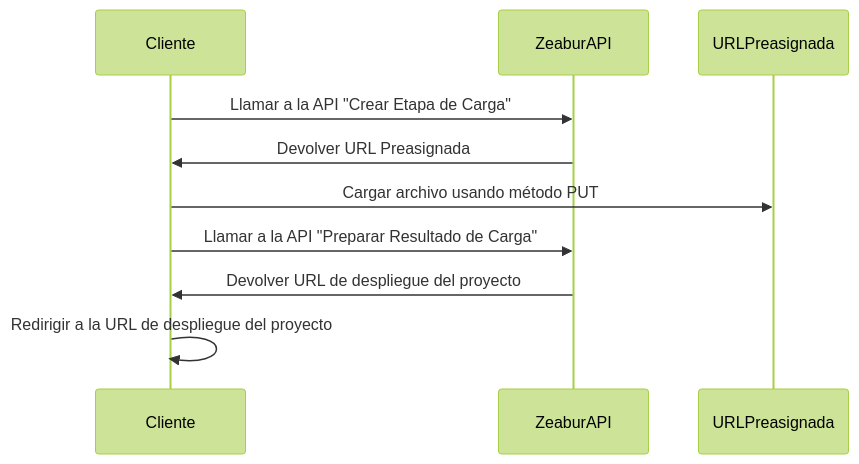
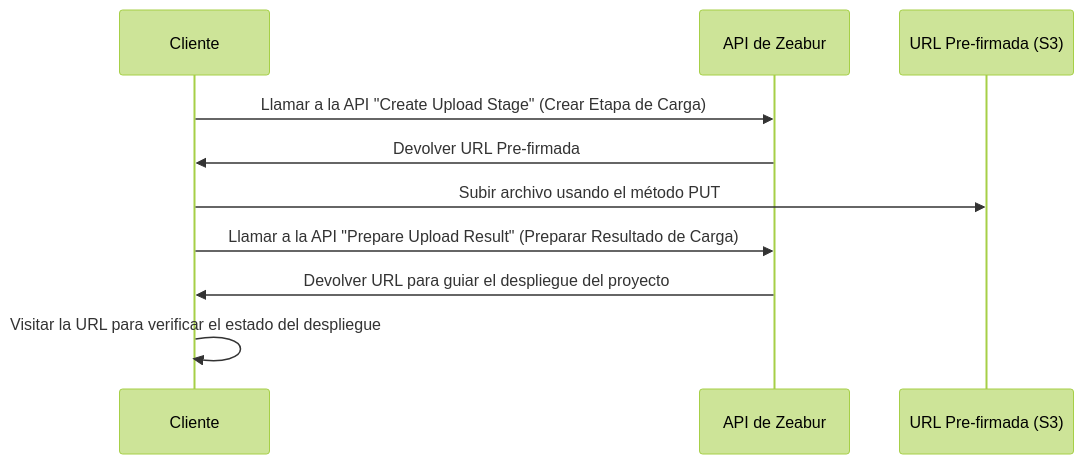
The diagram in docs/pages/es-ES/developer/public-api.mdx (zeabur/zeabur), drawn with Mermaid (forest theme) before and after one commit. The commit also changed other lines of this file and 4 other files, not shown here.

Commit message:
docs(developer/public-api): rewrite upload API documentation

````diff
--- a/docs/pages/es-ES/developer/public-api.mdx
+++ b/docs/pages/es-ES/developer/public-api.mdx
@@ -42,13 +51,13 @@
 ```mermaid
 sequenceDiagram
-  participant Cliente
-  participant ZeaburAPI
-  participant URLPreasignada
+  participant Client as Cliente
+  participant ZeaburAPI as API de Zeabur
+  participant PresignURL as URL Pre-firmada (S3)
 
-  Cliente->>ZeaburAPI: Llamar a la API "Crear Etapa de Carga"
-  ZeaburAPI->>Cliente: Devolver URL Preasignada
-  Cliente->>URLPreasignada: Cargar archivo usando método PUT
-  Cliente->>ZeaburAPI: Llamar a la API "Preparar Resultado de Carga"
-  ZeaburAPI->>Cliente: Devolver URL de despliegue del proyecto
-  Cliente->>Cliente: Redirigir a la URL de despliegue del proyecto
+  Client->>ZeaburAPI: Llamar a la API "Create Upload Stage" (Crear Etapa de Carga)
+  ZeaburAPI->>Client: Devolver URL Pre-firmada
+  Client->>PresignURL: Subir archivo usando el método PUT
+  Client->>ZeaburAPI: Llamar a la API "Prepare Upload Result" (Preparar Resultado de Carga)
+  ZeaburAPI->>Client: Devolver URL para guiar el despliegue del proyecto
+  Client->>Client: Visitar la URL para verificar el estado del despliegue
 ```
````
